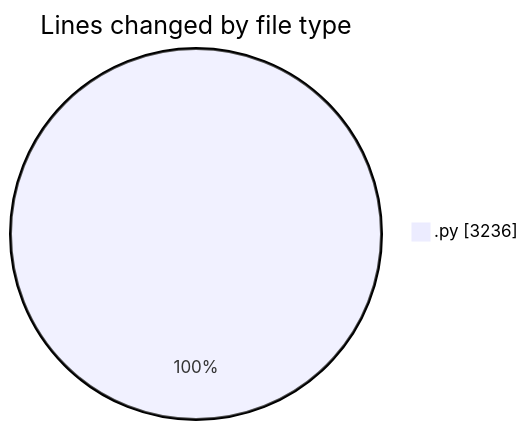
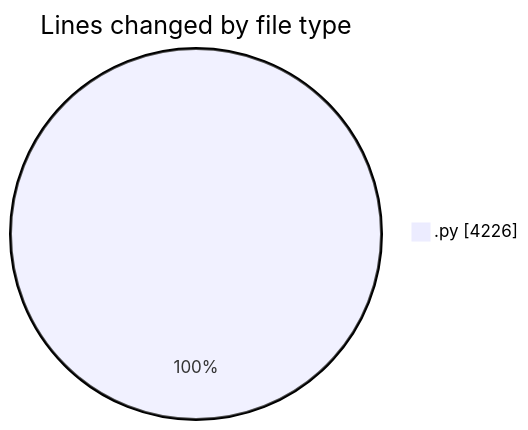
One commit to MatusMokan/code-tracking changed the first of 2 diagrams in 2025-04-18/myws__workspace_/README.md. Above: the diagram before and after it, drawn with Mermaid. The commit also changed other lines of this file and 1 other file, not shown here.

````diff
--- a/2025-04-18/myws__workspace_/README.md
+++ b/2025-04-18/myws__workspace_/README.md
@@ -20,5 +21,5 @@
 ```mermaid
 pie showData
 title Lines changed by file type
-".py" : 3236
+".py" : 4226
 ```
````
